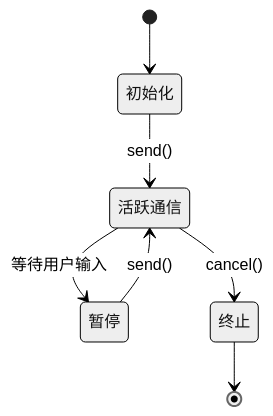
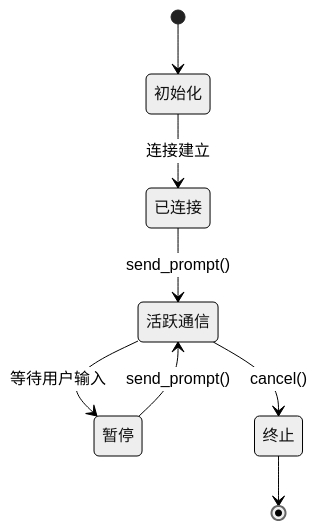
The third of 5 diagrams in .qoder/repowiki/zh/content/ACP协议实现/会话管理.md (nuwax-ai/rcoder), drawn with Mermaid (neutral theme) before and after one commit. The commit also changed other lines of this file and 85 other files, not shown here.

````diff
--- a/.qoder/repowiki/zh/content/ACP协议实现/会话管理.md
+++ b/.qoder/repowiki/zh/content/ACP协议实现/会话管理.md
@@ -153,9 +179,10 @@
 ```mermaid
 stateDiagram-v2
 [*] --> 初始化
-初始化 --> 活跃通信 : send()
+初始化 --> 已连接 : 连接建立
+已连接 --> 活跃通信 : send_prompt()
 活跃通信 --> 暂停 : 等待用户输入
-暂停 --> 活跃通信 : send()
+暂停 --> 活跃通信 : send_prompt()
 活跃通信 --> 终止 : cancel()
 终止 --> [*]
 ```
````
